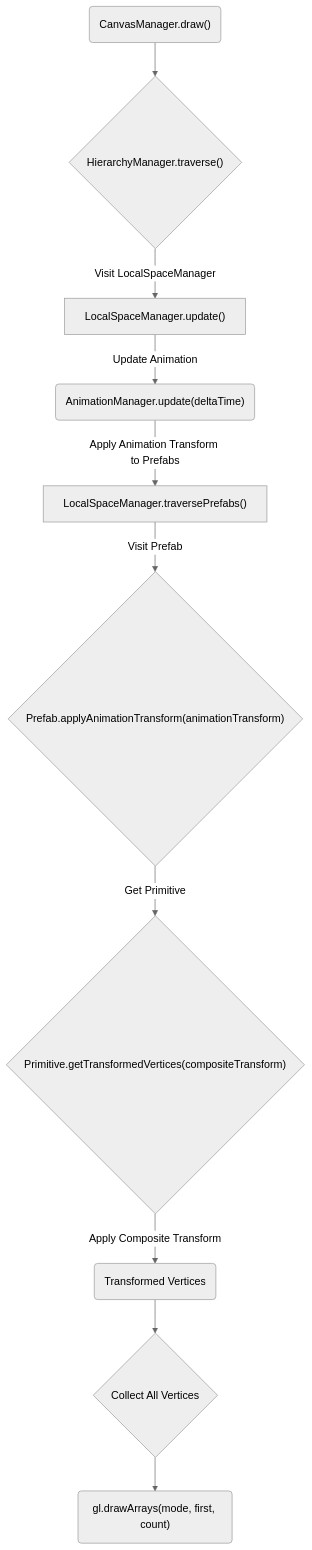
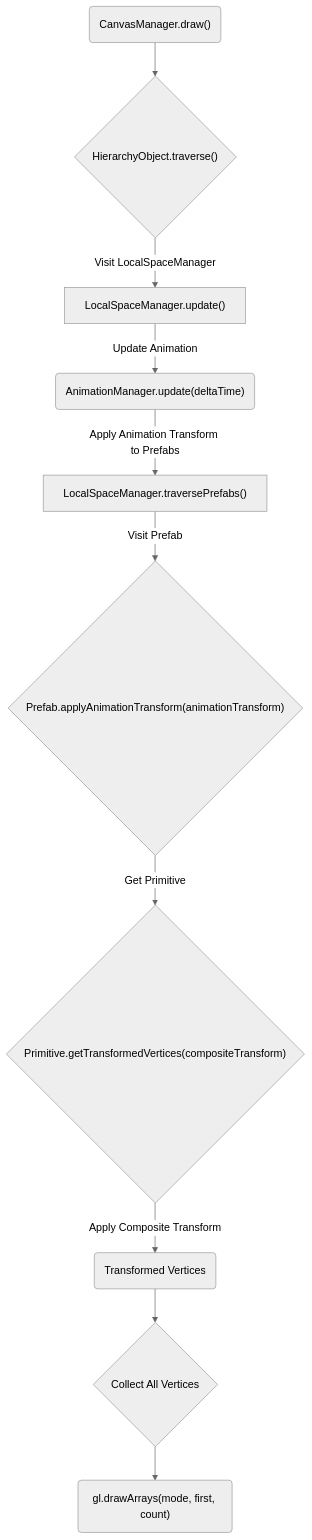
Before and after one commit to ajouGraphicsTeam/lowpoly-fishing-simulator: the second of 2 diagrams in README.md, drawn with Mermaid (neutral theme). The commit also changed other lines of this file and 2 other files, not shown here.

Commit message:
change hierarchyManager to hierarchyObject

````diff
--- a/README.md
+++ b/README.md
@@ -70,12 +70,12 @@
 ```mermaid
 graph TD
-    A("CanvasManager.draw()") --> B{"HierarchyManager.traverse()"};
+    A("CanvasManager.draw()") --> B{"HierarchyObject.traverse()"};
     B -- Visit LocalSpaceManager --> C["LocalSpaceManager.update()"];
     C -- Update Animation --> D("AnimationManager.update(deltaTime)");
     D -- Apply Animation Transform to Prefabs --> E["LocalSpaceManager.traversePrefabs()"];
     E -- Visit Prefab --> F{"Prefab.applyAnimationTransform(animationTransform)"};
     F -- Get Primitive --> G{"Primitive.getTransformedVertices(compositeTransform)"};
     G -- Apply Composite Transform --> H(Transformed Vertices);
     H --> I{Collect All Vertices};
     I --> J("gl.drawArrays(mode, first, count)");
 ```
````
